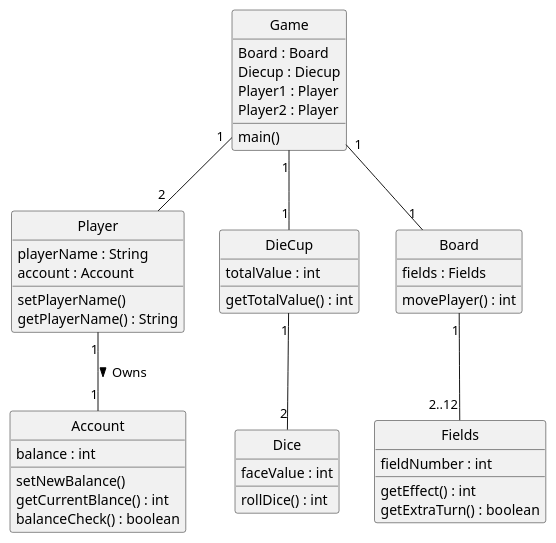
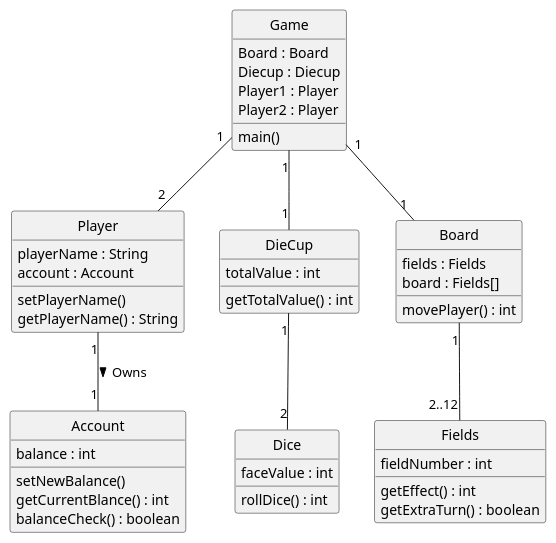
One commit to PhilipCramer/CDIO_del2 changed the diagram in src/main/resources/DesignClassDiagram.puml. Above: the diagram before and after it, drawn with PlantUML.

Commit message:
Board klassen har et array boards af Fields

```diff
--- a/src/main/resources/DesignClassDiagram.puml
+++ b/src/main/resources/DesignClassDiagram.puml
@@ -1,60 +1,60 @@
 @startuml ClassDiagram
 skinparam style strictuml
 
 class "Game" as Game {
     Board : Board
     Diecup : Diecup
     Player1 : Player
     Player2 : Player
 
     main()
 }
 class "Player" as Player {
     playerName : String
     account : Account
 
     setPlayerName()
     getPlayerName() : String
 
 }
 
 class "Account" as Account {
     balance : int
 
     setNewBalance()
     getCurrentBlance() : int
     balanceCheck() : boolean
 }
 
 class "DieCup" as Diecup {
     totalValue : int
 
     getTotalValue() : int
 }
 
 class "Dice" as Dice {
     faceValue : int
 
     rollDice() : int
 }
 
 class "Board" as Board {
     fields : Fields
-
+    board : Fields[]
     movePlayer() : int
 }
 
 class "Fields" as Field {
     fieldNumber : int
 
     getEffect() : int
     getExtraTurn() : boolean
 }
 
 Player "1" -- "1" Account : Owns >
 Game "1" -- "2" Player 
 Game "1" -- "1" Board
 Board "1" -- "2..12" Field
 Game "1" -- "1" Diecup
 Diecup "1" -- "2" Dice
 @enduml
```
